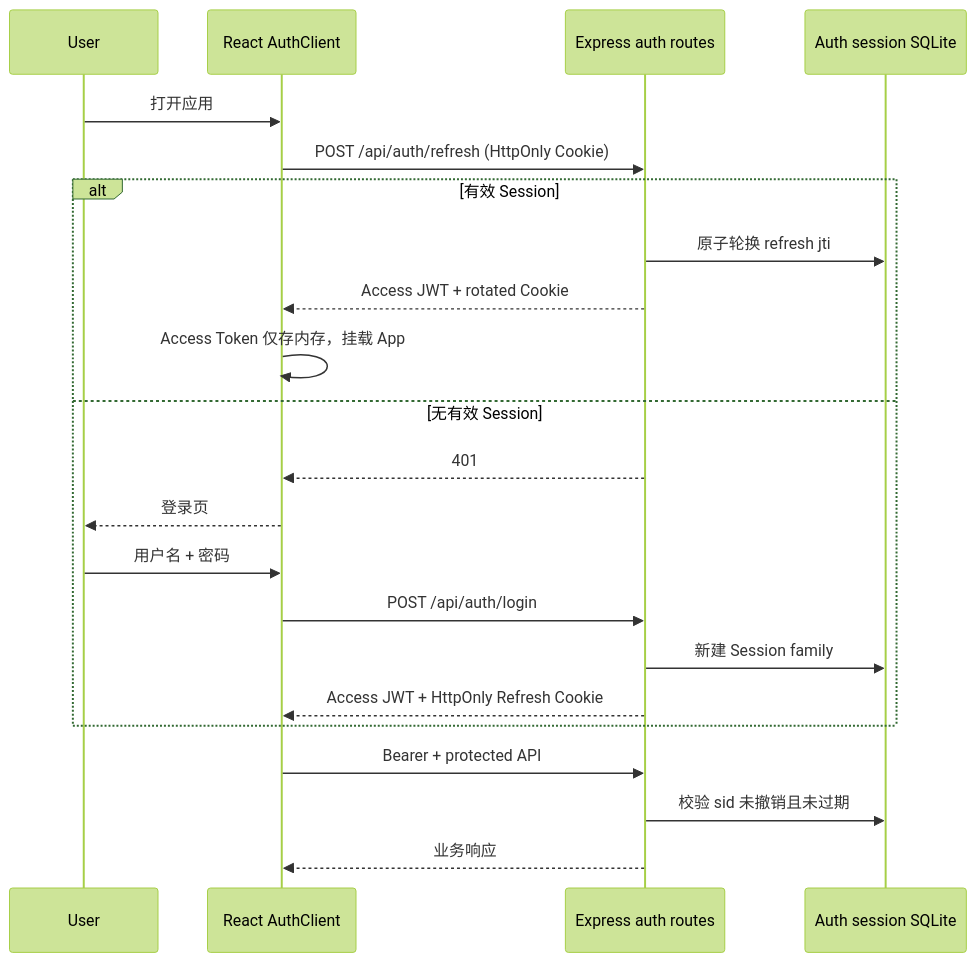
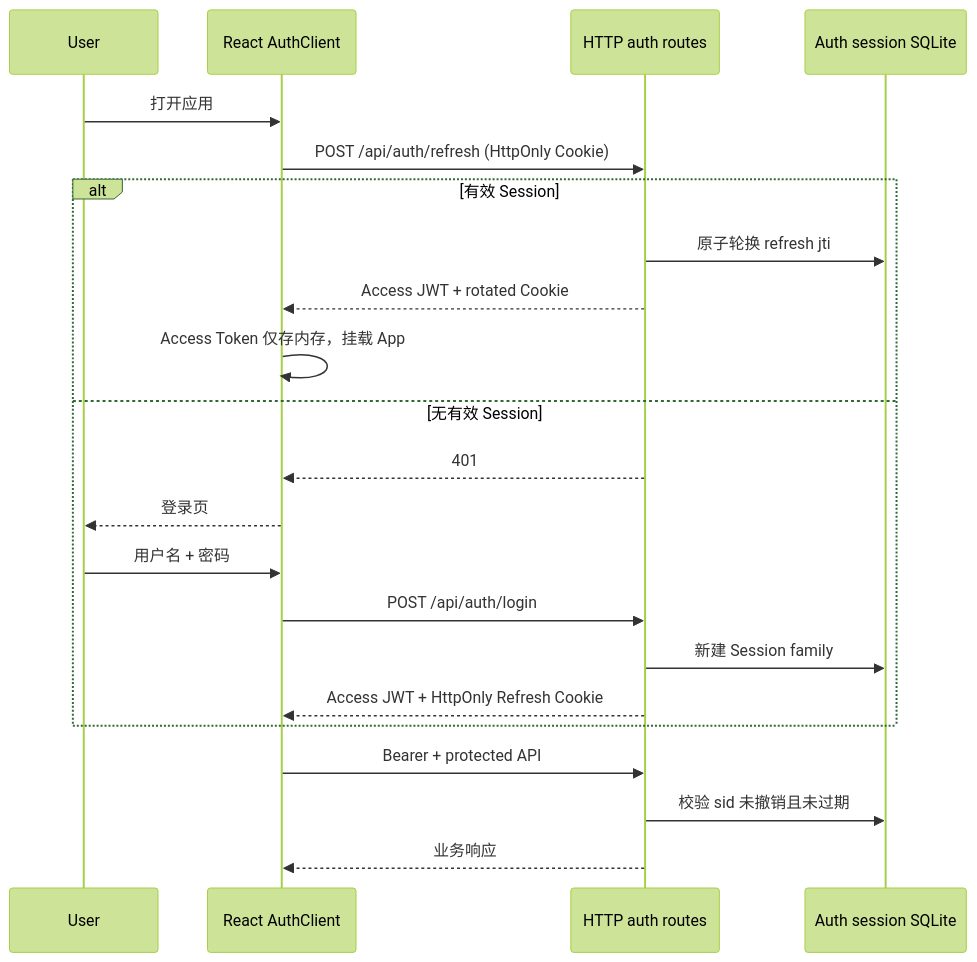
Before and after one commit to imingsmings/chatbot-dev: the fifth of 9 diagrams in docs/architecture.md, drawn with Mermaid (forest theme). The commit also changed other lines of this file and 72 other files, not shown here.

````diff
--- a/docs/architecture.md
+++ b/docs/architecture.md
@@ -209,24 +212,24 @@
 ```mermaid
 sequenceDiagram
   participant U as User
   participant C as React AuthClient
-  participant E as Express auth routes
+  participant E as HTTP auth routes
   participant S as Auth session SQLite
   U->>C: 打开应用
   C->>E: POST /api/auth/refresh (HttpOnly Cookie)
   alt 有效 Session
     E->>S: 原子轮换 refresh jti
     E-->>C: Access JWT + rotated Cookie
     C->>C: Access Token 仅存内存，挂载 App
   else 无有效 Session
     E-->>C: 401
     C-->>U: 登录页
     U->>C: 用户名 + 密码
     C->>E: POST /api/auth/login
     E->>S: 新建 Session family
     E-->>C: Access JWT + HttpOnly Refresh Cookie
   end
   C->>E: Bearer + protected API
   E->>S: 校验 sid 未撤销且未过期
   E-->>C: 业务响应
 ```
````
